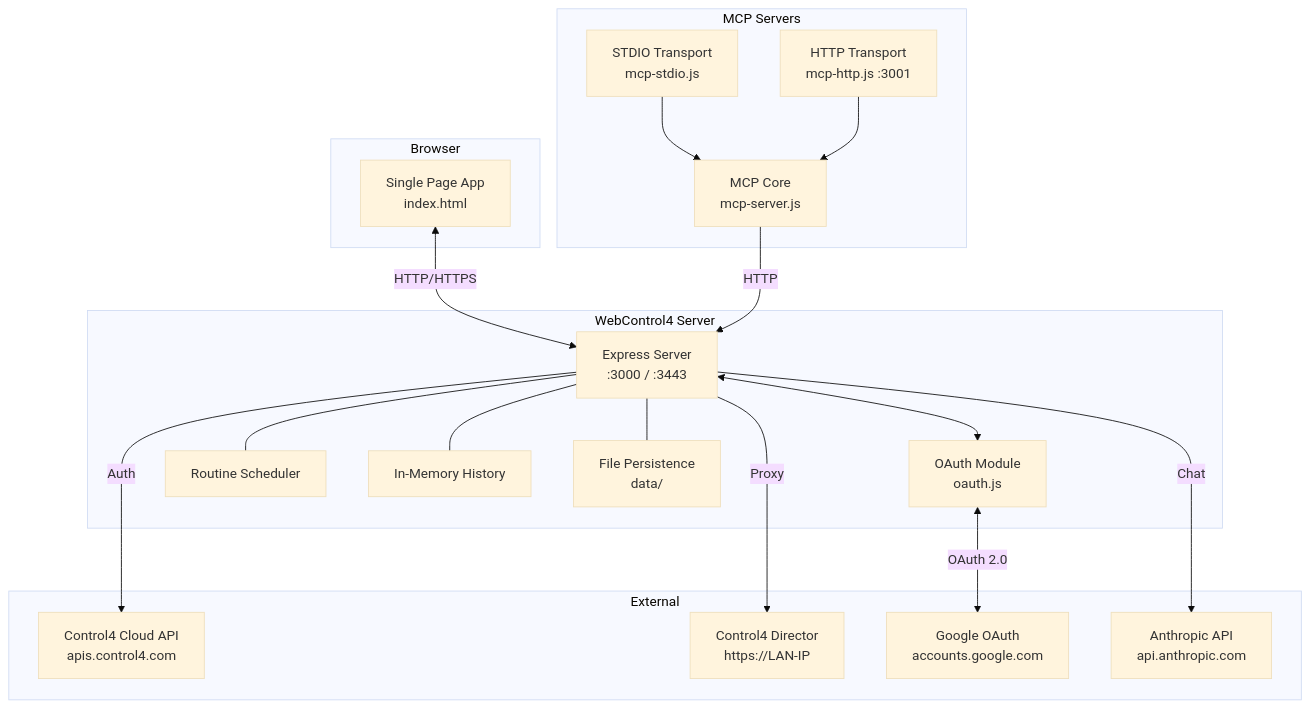
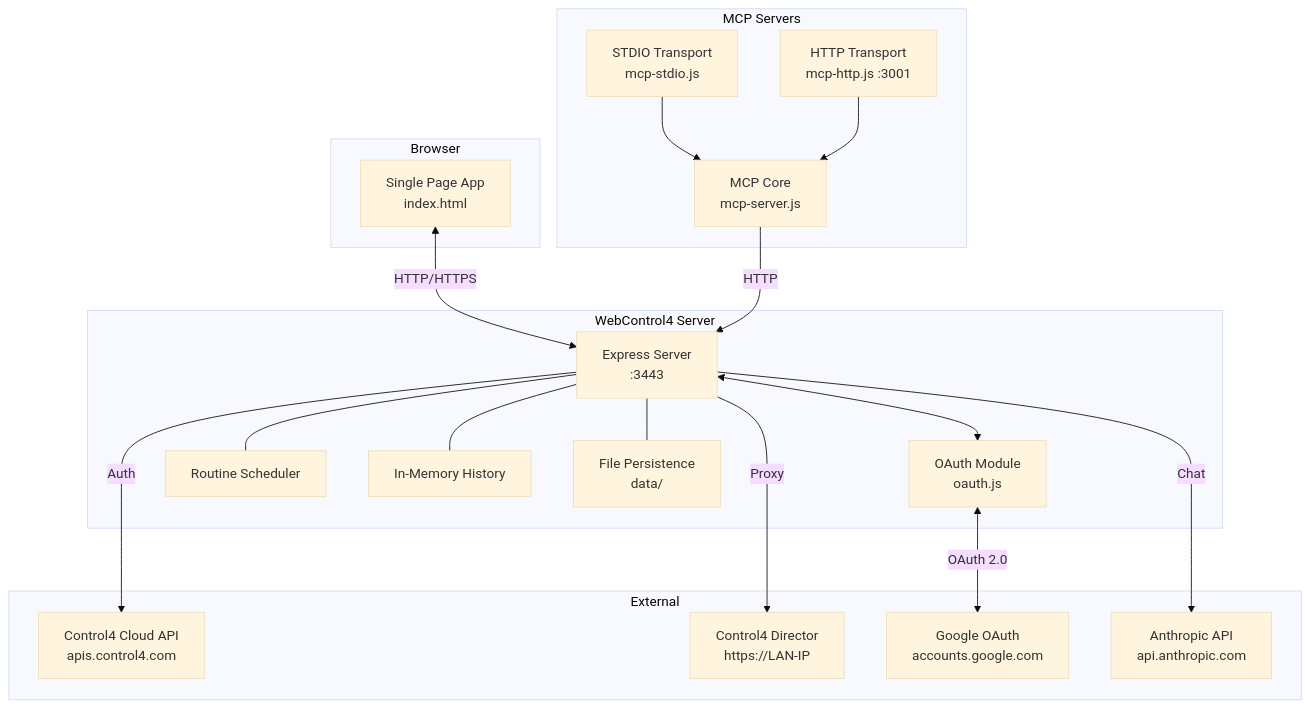
Before and after one commit to mazharm/webcontrol4: the first of 6 diagrams in docs/design.md, drawn with Mermaid (base theme). The commit also changed 11 other files, not shown here.

````diff
--- a/docs/design.md
+++ b/docs/design.md
@@ -11,41 +11,41 @@
 ```mermaid
 graph TB
     subgraph Browser
         SPA[Single Page App<br/>index.html]
     end
 
     subgraph WebControl4 Server
-        EXPRESS[Express Server<br/>:3000 / :3443]
+        EXPRESS[Express Server<br/>:3443]
         OAUTH[OAuth Module<br/>oauth.js]
         SCHED[Routine Scheduler]
         HIST[In-Memory History]
         PERSIST[File Persistence<br/>data/]
     end
 
     subgraph MCP Servers
         STDIO[STDIO Transport<br/>mcp-stdio.js]
         HTTP_MCP[HTTP Transport<br/>mcp-http.js :3001]
         MCP_CORE[MCP Core<br/>mcp-server.js]
     end
 
     subgraph External
         C4_CLOUD[Control4 Cloud API<br/>apis.control4.com]
         DIRECTOR[Control4 Director<br/>https://LAN-IP]
         GOOGLE[Google OAuth<br/>accounts.google.com]
         ANTHROPIC[Anthropic API<br/>api.anthropic.com]
     end
 
     SPA <-->|HTTP/HTTPS| EXPRESS
     EXPRESS -->|Proxy| DIRECTOR
     EXPRESS -->|Auth| C4_CLOUD
     EXPRESS -->|Chat| ANTHROPIC
     EXPRESS <--> OAUTH
     OAUTH <-->|OAuth 2.0| GOOGLE
     EXPRESS --- SCHED
     EXPRESS --- HIST
     EXPRESS --- PERSIST
 
     STDIO --> MCP_CORE
     HTTP_MCP --> MCP_CORE
     MCP_CORE -->|HTTP| EXPRESS
 ```
````
